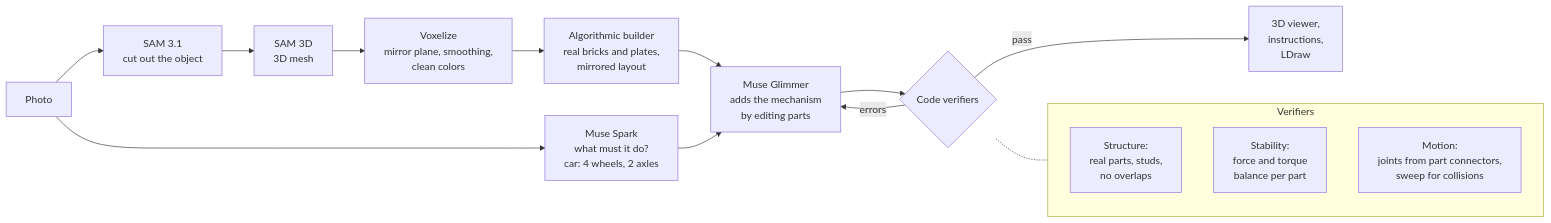
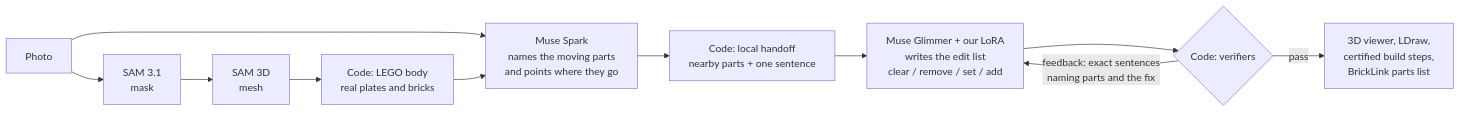
One commit to vvennela/samgo changed the diagram in README.md. Above: the diagram before and after it, drawn with Mermaid. The commit also changed other lines of this file and 1 other file, not shown here.

Commit message:
README: any machine, Spark knows / Glimmer does / code verifies, skills across runs 7-10, build kits; desk fan and wind turbine photos (public domain) as held-out exams

````diff
--- a/README.md
+++ b/README.md
@@ -19,19 +18,11 @@
 ```mermaid
 flowchart LR
-    photo[Photo] --> sam[SAM 3.1<br/>cut out the object]
-    sam --> sam3d[SAM 3D<br/>3D mesh]
-    photo --> spark[Muse Spark<br/>what must it do?<br/>car: 4 wheels, 2 axles]
-    sam3d --> vox[Voxelize<br/>mirror plane, smoothing,<br/>clean colors]
-    vox --> body[Algorithmic builder<br/>real bricks and plates,<br/>mirrored layout]
-    body --> glimmer[Muse Glimmer<br/>adds the mechanism<br/>by editing parts]
-    spark --> glimmer
-    glimmer --> check{Code verifiers}
-    check -- errors --> glimmer
-    check -- pass --> out[3D viewer,<br/>instructions,<br/>LDraw]
-    subgraph check_detail [Verifiers]
-        s3a[Structure:<br/>real parts, studs,<br/>no overlaps]
-        s3b[Stability:<br/>force and torque<br/>balance per part]
-        kin[Motion:<br/>joints from part connectors,<br/>sweep for collisions]
-    end
-    check -.- check_detail
+    photo[Photo] --> sam[SAM 3.1<br/>mask] --> sam3d[SAM 3D<br/>mesh] --> body[Code: LEGO body<br/>real plates and bricks]
+    photo --> spark[Muse Spark<br/>names the moving parts<br/>and points where they go]
+    body --> spark
+    spark --> handoff[Code: local handoff<br/>nearby parts + one sentence]
+    handoff --> glimmer[Muse Glimmer + our LoRA<br/>writes the edit list<br/>clear / remove / set / add]
+    glimmer --> check{Code: verifiers}
+    check -- "feedback: exact sentences<br/>naming parts and the fix" --> glimmer
+    check -- pass --> out[3D viewer, LDraw,<br/>certified build steps,<br/>BrickLink parts list]
 ```
````
